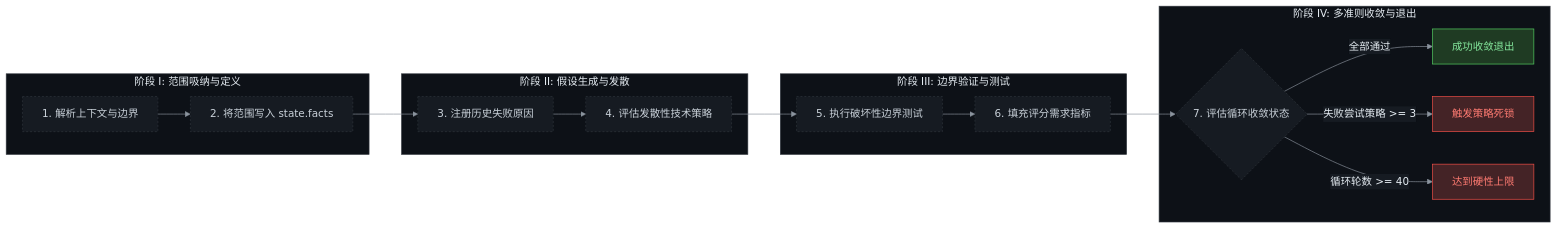
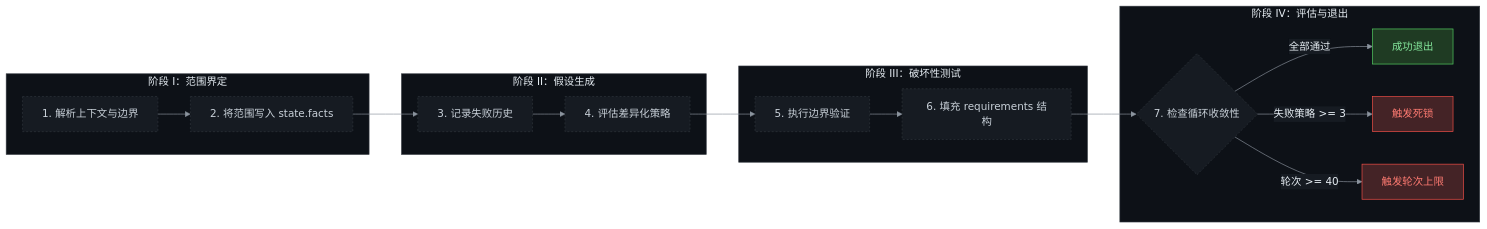
The second of 5 diagrams in README_ZH.md (apxgpt/agent), drawn with Mermaid before and after one commit. The commit also changed other lines of this file and 24 other files, not shown here.

````diff
--- a/README_ZH.md
+++ b/README_ZH.md
@@ -172,34 +250,34 @@
 ```mermaid
 %%{init: {'theme': 'base', 'themeVariables': {"darkMode": true, "background": "#0d1117", "primaryColor": "#21262d", "primaryTextColor": "#e6edf3", "primaryBorderColor": "#8b949e", "lineColor": "#8b949e", "textColor": "#e6edf3", "edgeLabelBackground": "#161b22", "mainBkg": "#21262d", "nodeBorder": "#8b949e", "nodeTextColor": "#e6edf3"}}}%%
 flowchart LR
     classDef sub fill:#161b22,stroke:#30363d,stroke-dasharray: 3 3,color:#c9d1d9;
     classDef fail fill:#442326,stroke:#f85149,color:#ff7b72;
     classDef pass fill:#1f3b23,stroke:#56d364,color:#85e89d;
 
-    subgraph P1["阶段 I: 范围吸纳与定义"]
+    subgraph P1["阶段 I：范围界定"]
         A["1. 解析上下文与边界"]:::sub --> B["2. 将范围写入 state.facts"]:::sub
     end
     style P1 fill:#0d1117,stroke:#30363d,color:#e6edf3
 
-    subgraph P2["阶段 II: 假设生成与发散"]
-        C["3. 注册历史失败原因"]:::sub --> D["4. 评估发散性技术策略"]:::sub
+    subgraph P2["阶段 II：假设生成"]
+        C["3. 记录失败历史"]:::sub --> D["4. 评估差异化策略"]:::sub
     end
     style P2 fill:#0d1117,stroke:#30363d,color:#e6edf3
 
-    subgraph P3["阶段 III: 边界验证与测试"]
-        E["5. 执行破坏性边界测试"]:::sub --> F["6. 填充评分需求指标"]:::sub
+    subgraph P3["阶段 III：破坏性测试"]
+        E["5. 执行边界验证"]:::sub --> F["6. 填充 requirements 结构"]:::sub
     end
     style P3 fill:#0d1117,stroke:#30363d,color:#e6edf3
 
-    subgraph P4["阶段 IV: 多准则收敛与退出"]
-        G{"7. 评估循环收敛状态"}:::sub
-        G -->|全部通过| H["成功收敛退出"]:::pass
-        G -->|失败尝试策略 >= 3| I["触发策略死锁"]:::fail
-        G -->|循环轮数 >= 40| J["达到硬性上限"]:::fail
+    subgraph P4["阶段 IV：评估与退出"]
+        G{"7. 检查循环收敛性"}:::sub
+        G -->|全部通过| H["成功退出"]:::pass
+        G -->|失败策略 >= 3| I["触发死锁"]:::fail
+        G -->|轮次 >= 40| J["触发轮次上限"]:::fail
     end
     style P4 fill:#0d1117,stroke:#30363d,color:#e6edf3
 
     B --> C
     D --> E
     F --> G
 ```
````
